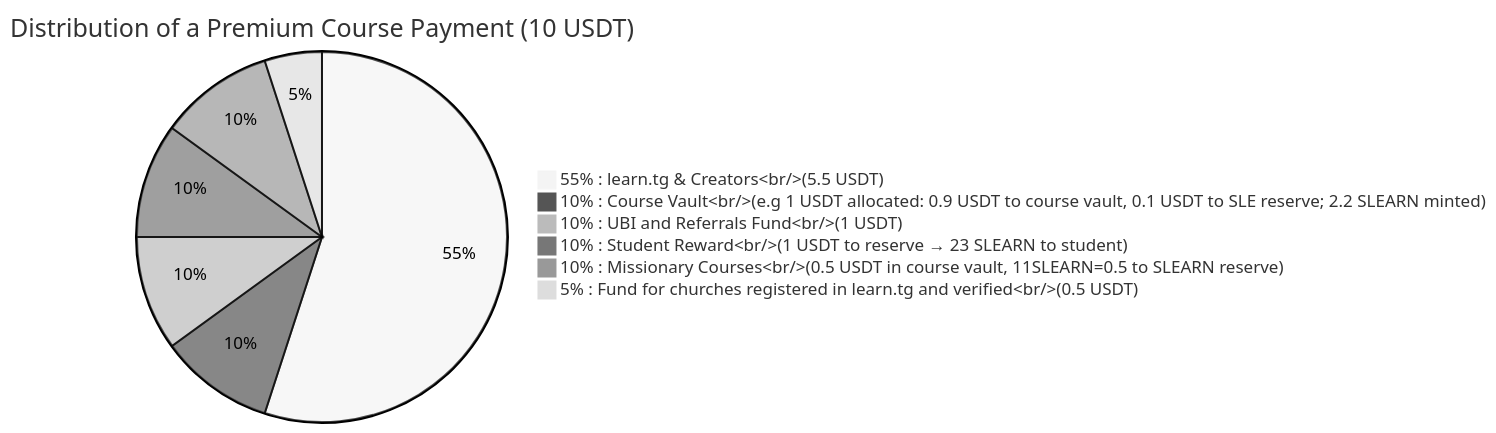
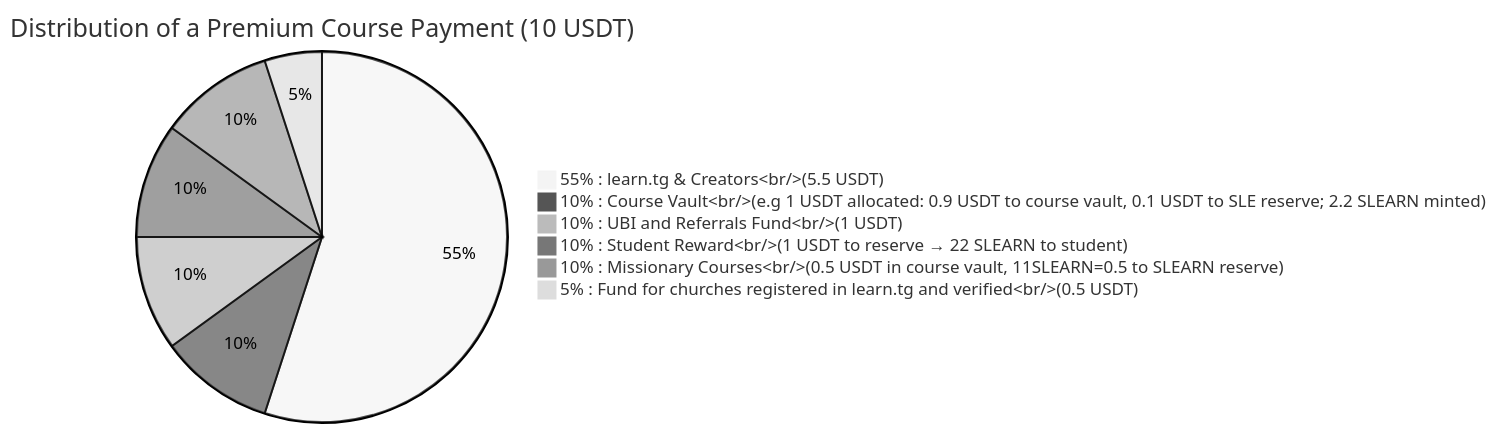
The second of 3 diagrams in SLEARN-WHITEPAPER.md (pasosdeJesus/learn.tg), drawn with Mermaid (neutral theme) before and after one commit. The commit also changed other lines of this file, not shown here.

Commit message:
Update SLEARN values from 23 to 22 in whitepaper

````diff
--- a/SLEARN-WHITEPAPER.md
+++ b/SLEARN-WHITEPAPER.md
@@ -120,10 +120,10 @@
 ```mermaid
 pie
     title Distribution of a Premium Course Payment (10 USDT)
     "55% : learn.tg & Creators<br/>(5.5 USDT)" : 55
     "10% : Course Vault<br/>(e.g 1 USDT allocated: 0.9 USDT to course vault, 0.1 USDT to SLE reserve; 2.2 SLEARN minted)" : 10
     "10% : UBI and Referrals Fund<br/>(1 USDT)" : 10
-    "10% : Student Reward<br/>(1 USDT to reserve → 23 SLEARN to student)" : 10
+    "10% : Student Reward<br/>(1 USDT to reserve → 22 SLEARN to student)" : 10
     "10% : Missionary Courses<br/>(0.5 USDT in course vault, 11SLEARN=0.5 to SLEARN reserve)" : 10
     "5% : Fund for churches registered in learn.tg and verified<br/>(0.5 USDT)" : 5
 ```
````
